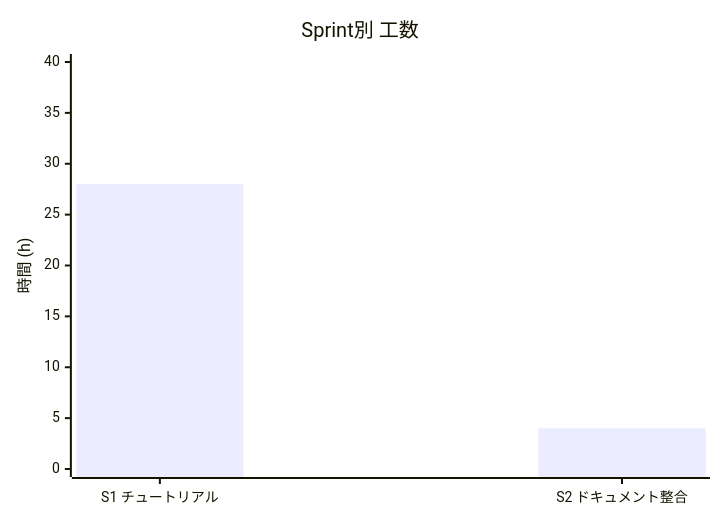
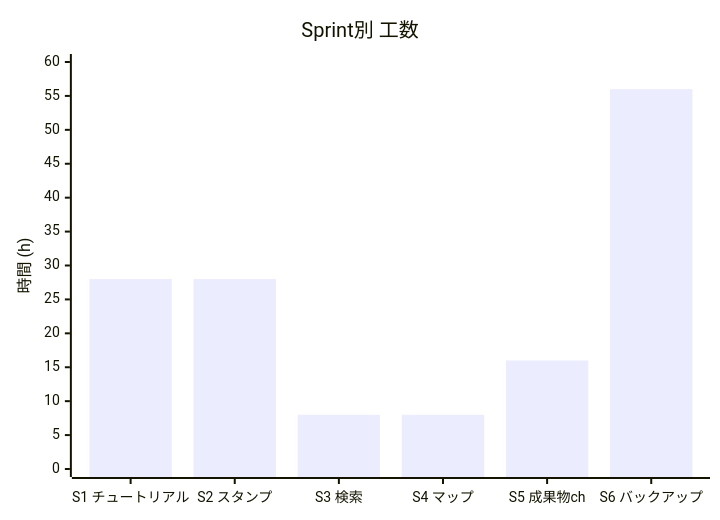
Before and after one commit to jyogi-web/Jyogi_SNS: the first of 3 diagrams in docs/09_schedule_and_issues.md, drawn with Mermaid. The commit also changed other lines of this file, not shown here.

````diff
--- a/docs/09_schedule_and_issues.md
+++ b/docs/09_schedule_and_issues.md
@@ -89,7 +150,7 @@
 ```mermaid
 xychart-beta
     title "Sprint別 工数"
-    x-axis ["S1 チュートリアル", "S2 ドキュメント整合"]
-    y-axis "時間 (h)" 0 --> 40
-    bar [28, 4]
+    x-axis ["S1 チュートリアル", "S2 スタンプ", "S3 検索", "S4 マップ", "S5 成果物ch", "S6 バックアップ"]
+    y-axis "時間 (h)" 0 --> 60
+    bar [28, 28, 8, 8, 16, 56]
 ```
````
